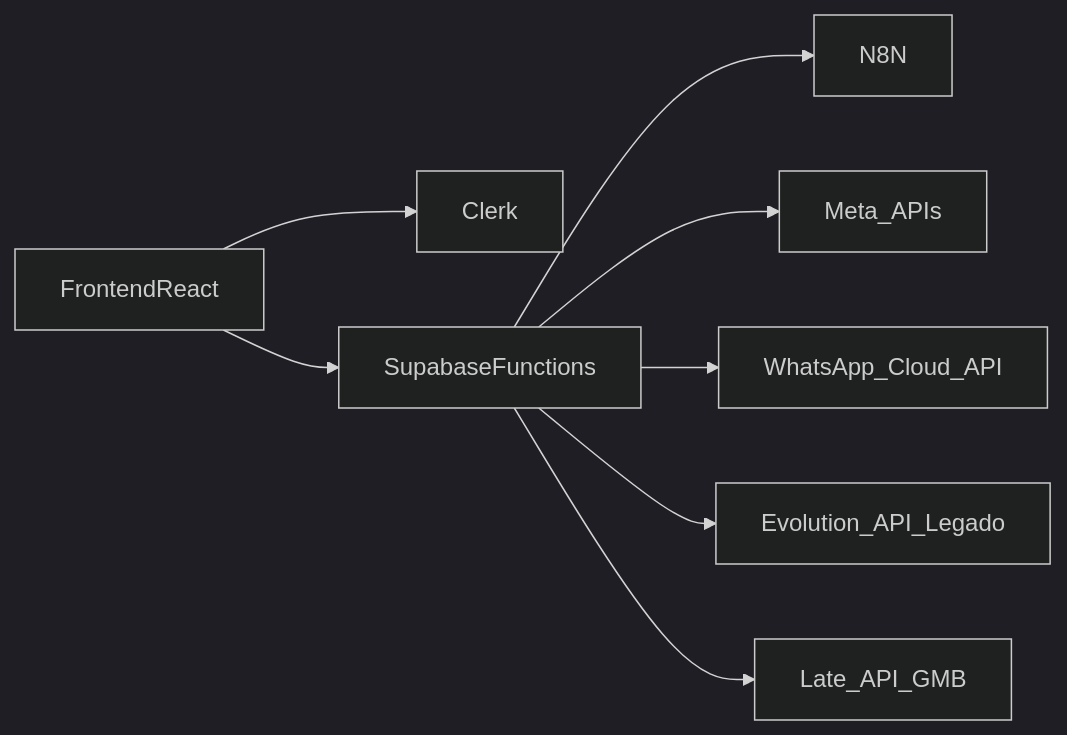
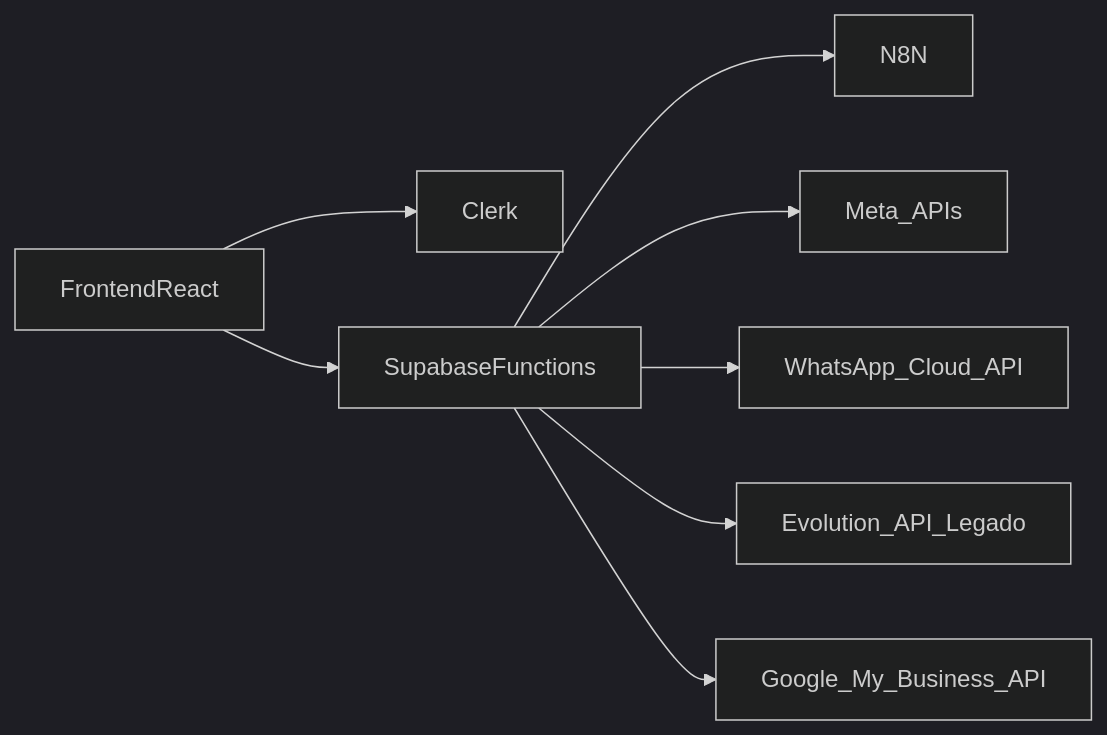
One commit to TravelTecOficial/clienteideal changed the diagram in docs/integrations.md. Above: the diagram before and after it, drawn with Mermaid (dark theme). The commit also changed other lines of this file and 8 other files, not shown here.

````diff
--- a/docs/integrations.md
+++ b/docs/integrations.md
@@ -9,10 +9,10 @@
 ```mermaid
 flowchart LR
   frontend[FrontendReact] --> clerk[Clerk]
   frontend --> supabaseFunctions[SupabaseFunctions]
   supabaseFunctions --> n8n[N8N]
   supabaseFunctions --> meta[Meta_APIs]
   supabaseFunctions --> whatsappCloud[WhatsApp_Cloud_API]
   supabaseFunctions --> evolution[Evolution_API_Legado]
-  supabaseFunctions --> lateApi[Late_API_GMB]
+  supabaseFunctions --> gmbApi[Google_My_Business_API]
 ```
````
